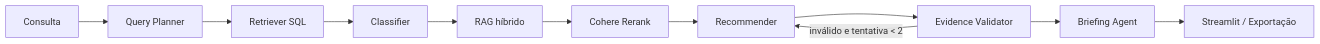
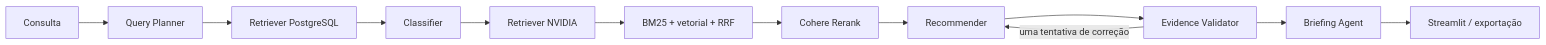
One commit to nandahelena/nvidia-radar changed the diagram in README.md. Above: the diagram before and after it, drawn with Mermaid. The commit also changed other lines of this file and 11 other files, not shown here.

````diff
--- a/README.md
+++ b/README.md
@@ -7,13 +34,14 @@
 ```mermaid
 flowchart LR
     A[Consulta] --> B[Query Planner]
-    B --> C[Retriever SQL]
+    B --> C[Retriever PostgreSQL]
     C --> D[Classifier]
-    D --> E[RAG híbrido]
-    E --> F[Cohere Rerank]
-    F --> G[Recommender]
-    G --> H[Evidence Validator]
-    H -->|inválido e tentativa < 2| G
-    H --> I[Briefing Agent]
-    I --> J[Streamlit / Exportação]
+    D --> E[Retriever NVIDIA]
+    E --> F[BM25 + vetorial + RRF]
+    F --> G[Cohere Rerank]
+    G --> H[Recommender]
+    H --> I[Evidence Validator]
+    I -->|uma tentativa de correção| H
+    I --> J[Briefing Agent]
+    J --> K[Streamlit / exportação]
 ```
````
